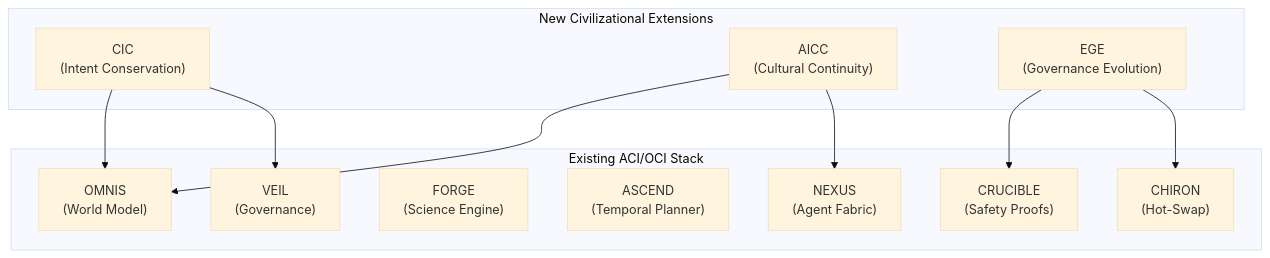
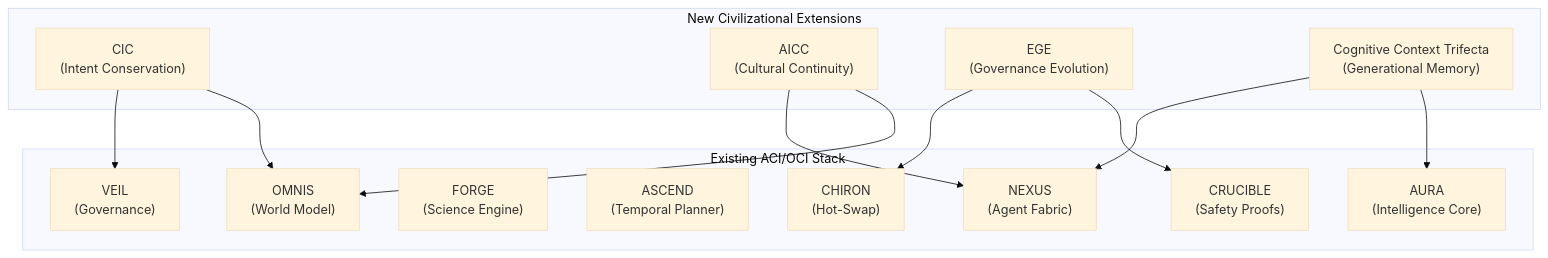
Before and after one commit to Team-Auralis/ACI-Architecture-Framework: the fifth of 5 diagrams in docs/EMERGING_CONCEPTS.md, drawn with Mermaid (base theme). The commit also changed other lines of this file and 3 other files, not shown here.

Commit message:
docs(research): add Cognitive Context Trifecta specification and update glossary

````diff
--- a/docs/EMERGING_CONCEPTS.md
+++ b/docs/EMERGING_CONCEPTS.md
@@ -162,23 +186,27 @@
 ```mermaid
 graph TB
     subgraph ExistingStack["Existing ACI/OCI Stack"]
         OMNIS["OMNIS<br/>(World Model)"]
         NEXUS["NEXUS<br/>(Agent Fabric)"]
         FORGE["FORGE<br/>(Science Engine)"]
         ASCEND["ASCEND<br/>(Temporal Planner)"]
         VEIL["VEIL<br/>(Governance)"]
         CRUCIBLE["CRUCIBLE<br/>(Safety Proofs)"]
         CHIRON["CHIRON<br/>(Hot-Swap)"]
+        AURA["AURA<br/>(Intelligence Core)"]
     end
     subgraph NewExtensions["New Civilizational Extensions"]
         CIC["CIC<br/>(Intent Conservation)"]
         AICC["AICC<br/>(Cultural Continuity)"]
         EGE["EGE<br/>(Governance Evolution)"]
+        CCT["Cognitive Context Trifecta<br/>(Generational Memory)"]
     end
     CIC --> OMNIS
     CIC --> VEIL
     AICC --> OMNIS
     AICC --> NEXUS
     EGE --> CRUCIBLE
     EGE --> CHIRON
+    CCT --> AURA
+    CCT --> NEXUS
 ```
````
